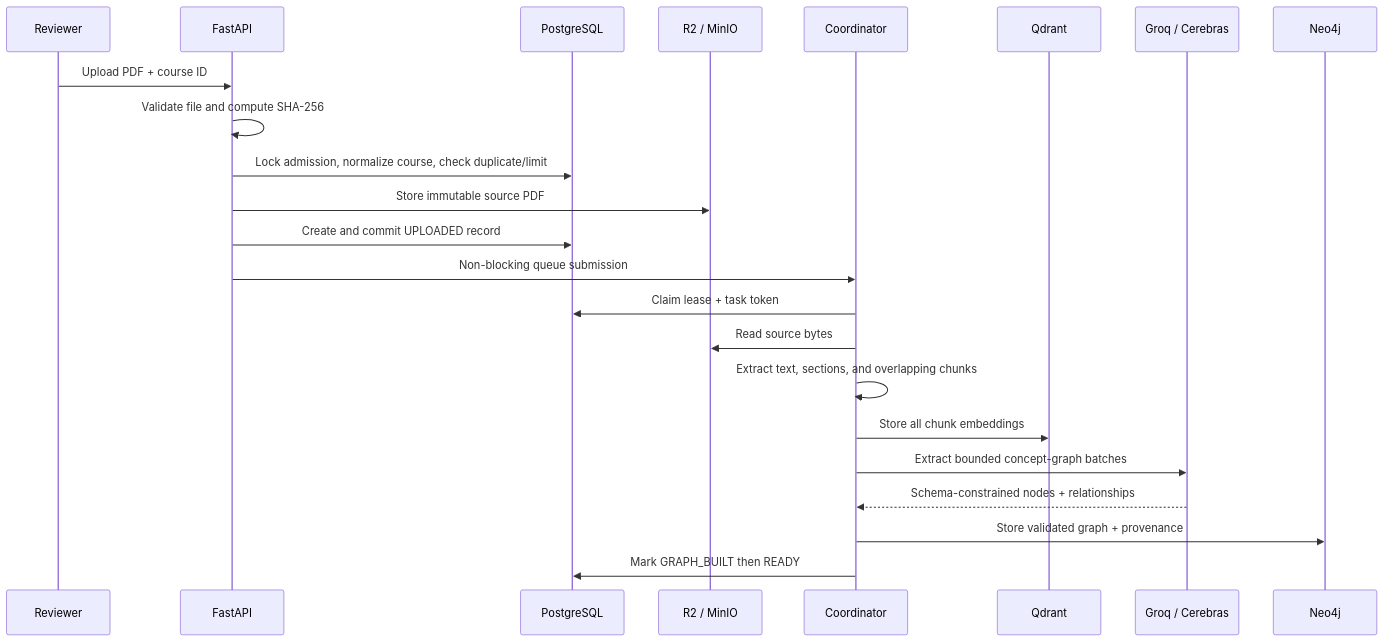
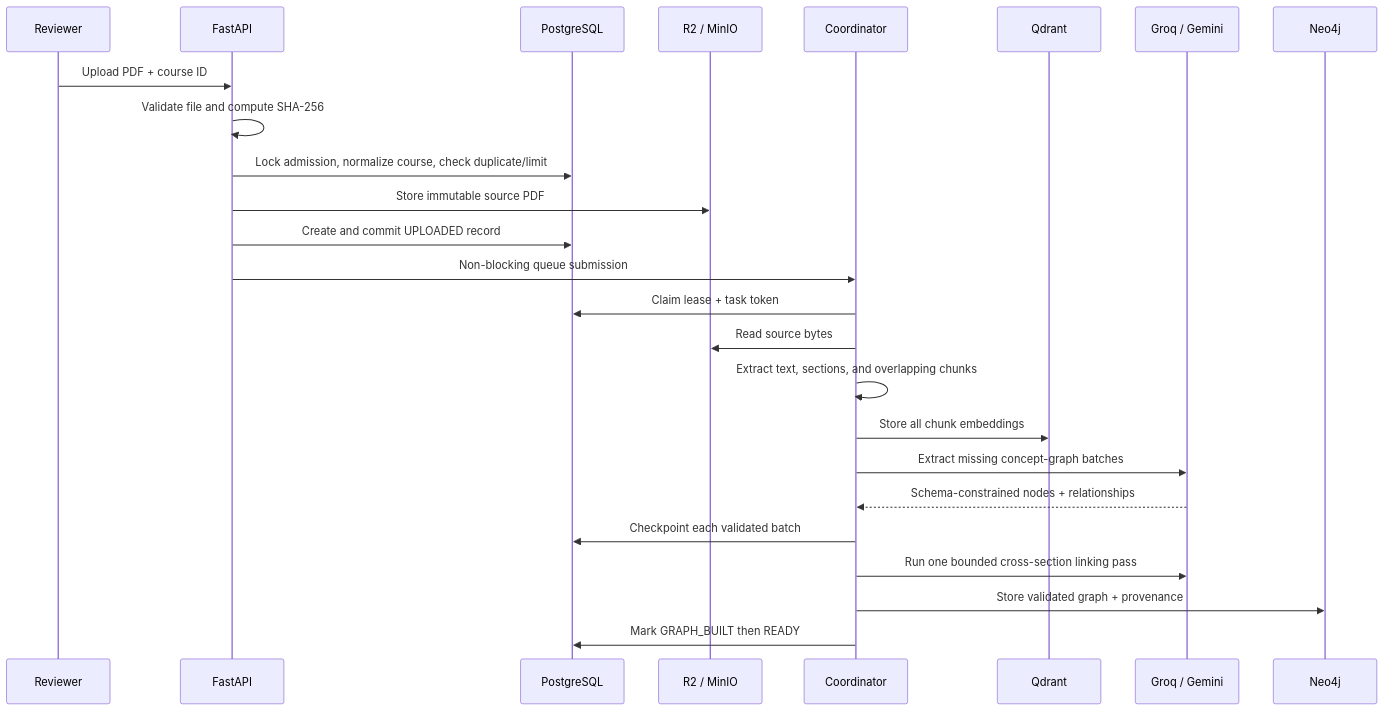
Before and after one commit to Ninjax26/conceptgraph-portfolio: the second of 3 diagrams in README.md, drawn with Mermaid. The commit also changed other lines of this file and 18 other files, not shown here.

Commit message:
feat: resume graph extraction and improve PDF parsing

````diff
--- a/README.md
+++ b/README.md
@@ -85,26 +85,28 @@
 ```mermaid
 sequenceDiagram
   participant U as Reviewer
   participant API as FastAPI
   participant PG as PostgreSQL
   participant O as R2 / MinIO
   participant W as Coordinator
   participant Q as Qdrant
-  participant G as Groq / Cerebras
+  participant G as Groq / Gemini
   participant N as Neo4j
 
   U->>API: Upload PDF + course ID
   API->>API: Validate file and compute SHA-256
   API->>PG: Lock admission, normalize course, check duplicate/limit
   API->>O: Store immutable source PDF
   API->>PG: Create and commit UPLOADED record
   API->>W: Non-blocking queue submission
   W->>PG: Claim lease + task token
   W->>O: Read source bytes
   W->>W: Extract text, sections, and overlapping chunks
   W->>Q: Store all chunk embeddings
-  W->>G: Extract bounded concept-graph batches
+  W->>G: Extract missing concept-graph batches
   G-->>W: Schema-constrained nodes + relationships
+  W->>PG: Checkpoint each validated batch
+  W->>G: Run one bounded cross-section linking pass
   W->>N: Store validated graph + provenance
   W->>PG: Mark GRAPH_BUILT then READY
 ```
````
